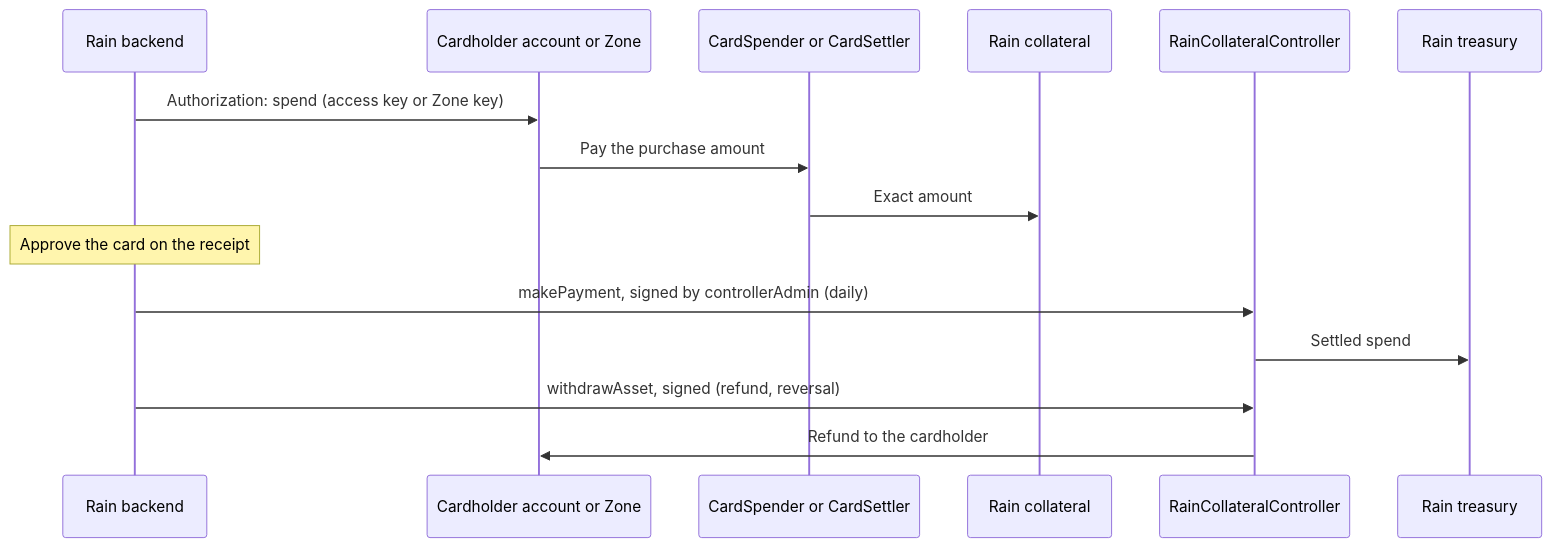
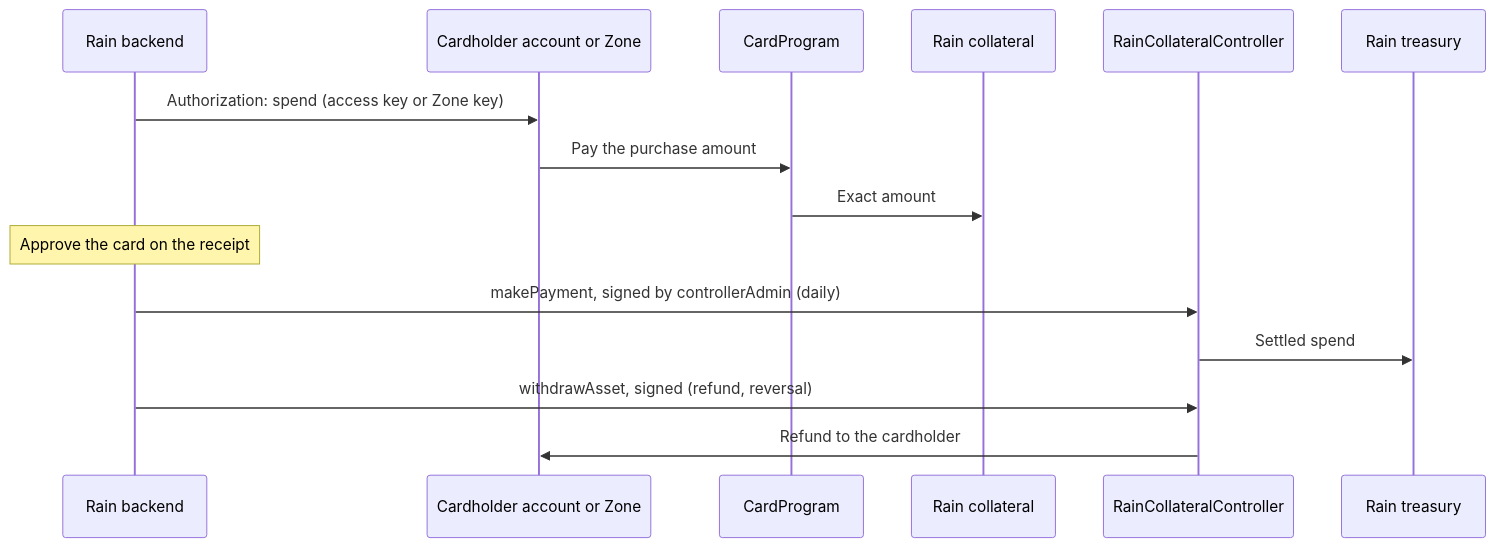
Before and after one commit to tempoxyz/contracts: the diagram in docs/cards/rain/README.md, drawn with Mermaid. The commit also changed other lines of this file and 81 other files, not shown here.

Commit message:
refactor(cards): one CardProgram over an ICardIssuer for Bridge and Rain

````diff
--- a/docs/cards/rain/README.md
+++ b/docs/cards/rain/README.md
@@ -45,17 +46,17 @@
 ```mermaid
 sequenceDiagram
     participant R as Rain backend
     participant A as Cardholder account or Zone
-    participant Sp as CardSpender or CardSettler
+    participant Sp as CardProgram
     participant C as Rain collateral
     participant K as RainCollateralController
     participant T as Rain treasury
     R->>A: Authorization: spend (access key or Zone key)
     A->>Sp: Pay the purchase amount
     Sp->>C: Exact amount
     Note over R: Approve the card on the receipt
     R->>K: makePayment, signed by controllerAdmin (daily)
     K->>T: Settled spend
     R->>K: withdrawAsset, signed (refund, reversal)
     K->>A: Refund to the cardholder
 ```
````
